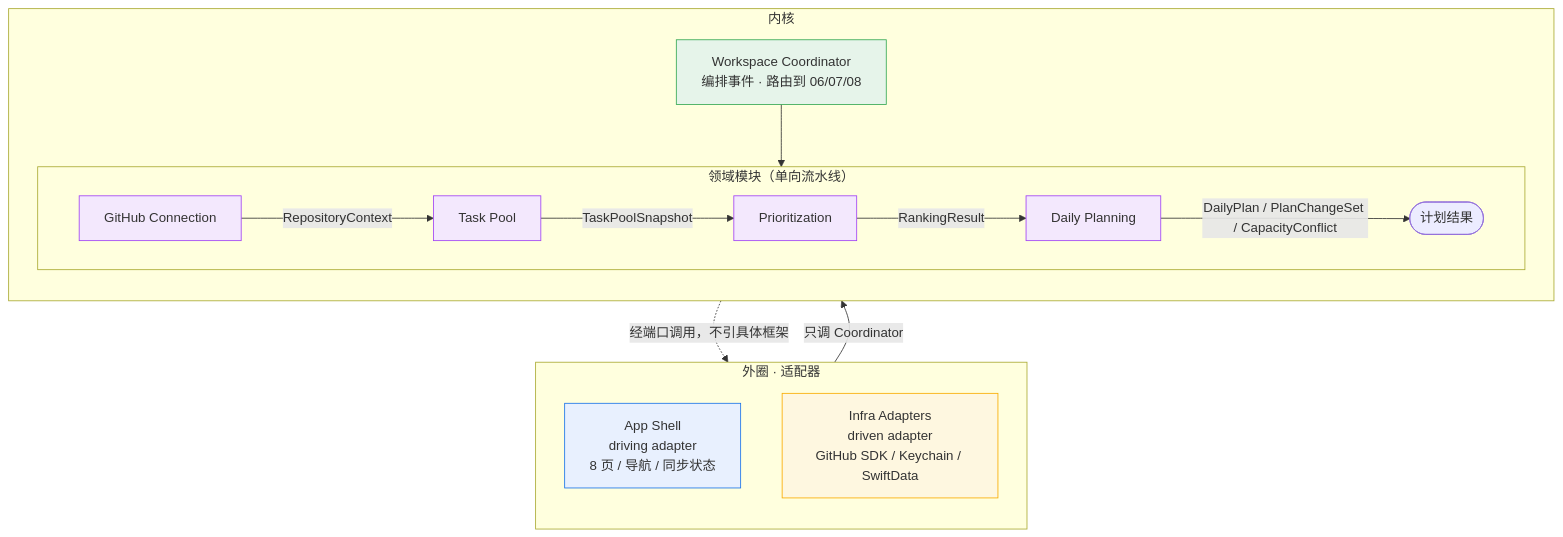
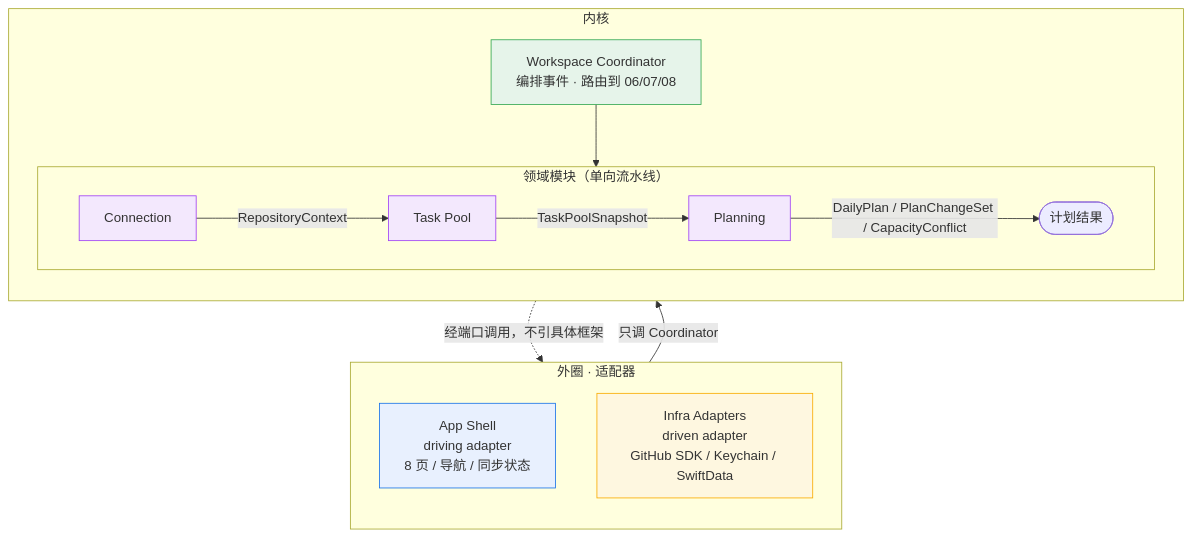
Before and after one commit to 1024XEngineer/VoiceLife: the first of 2 diagrams in arch.md, drawn with Mermaid. The commit also changed other lines of this file, not shown here.

First line of the commit message:
docs(arch): 按领域内聚重切模块并去 GitHub 化

````diff
--- a/arch.md
+++ b/arch.md
@@ -5,37 +7,32 @@
 ```mermaid
 flowchart TB
     subgraph Outer["外圈 · 适配器"]
         direction TB
         Shell["App Shell<br/>driving adapter<br/>8 页 / 导航 / 同步状态"]
         Infra["Infra Adapters<br/>driven adapter<br/>GitHub SDK / Keychain / SwiftData"]
     end
 
     subgraph Core["内核"]
         direction TB
         Coord["Workspace Coordinator<br/>编排事件 · 路由到 06/07/08"]
         subgraph Domain["领域模块（单向流水线）"]
             direction LR
-            GH["GitHub Connection"]
-            TP["Task Pool"]
-            PRIO["Prioritization"]
-            DP["Daily Planning"]
-            GH -->|"RepositoryContext"| TP
-            TP -->|"TaskPoolSnapshot"| PRIO
-            PRIO -->|"RankingResult"| DP
-            DP -->|"DailyPlan / PlanChangeSet / CapacityConflict"| Result(["计划结果"])
+            CONN["Connection"] -->|"RepositoryContext"| TP["Task Pool"]
+            TP -->|"TaskPoolSnapshot"| PL["Planning"]
+            PL -->|"DailyPlan / PlanChangeSet / CapacityConflict"| Result(["计划结果"])
         end
     end
 
     Shell -->|"只调 Coordinator"| Coord
     Coord --> Domain
     Domain -.->|"经端口调用，不引具体框架"| Infra
 
     classDef shell fill:#e8f0fe,stroke:#1a73e8
     classDef infra fill:#fef7e0,stroke:#f9ab00
     classDef coord fill:#e6f4ea,stroke:#34a853
     classDef domain fill:#f3e8fd,stroke:#a142f4
     class Shell shell
     class Infra infra
     class Coord coord
-    class GH,TP,PRIO,DP domain
+    class CONN,TP,PL domain
 ```
````
